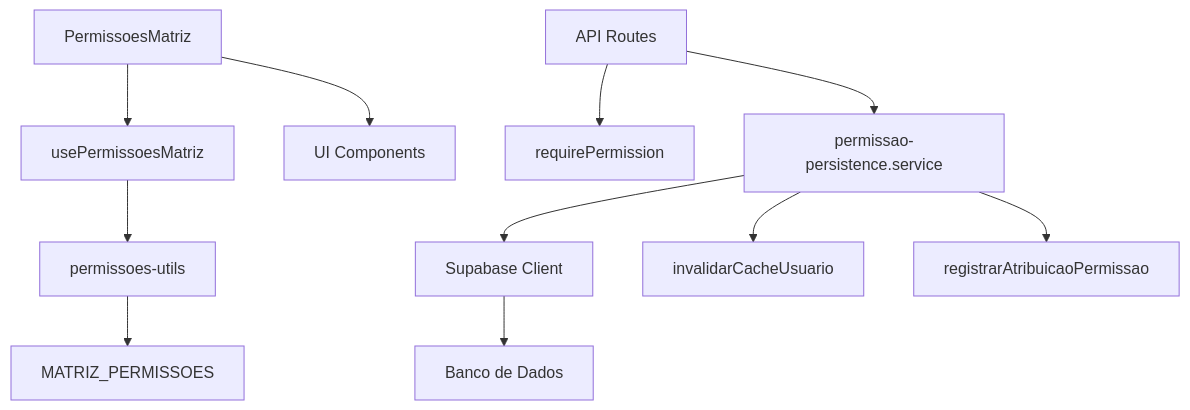
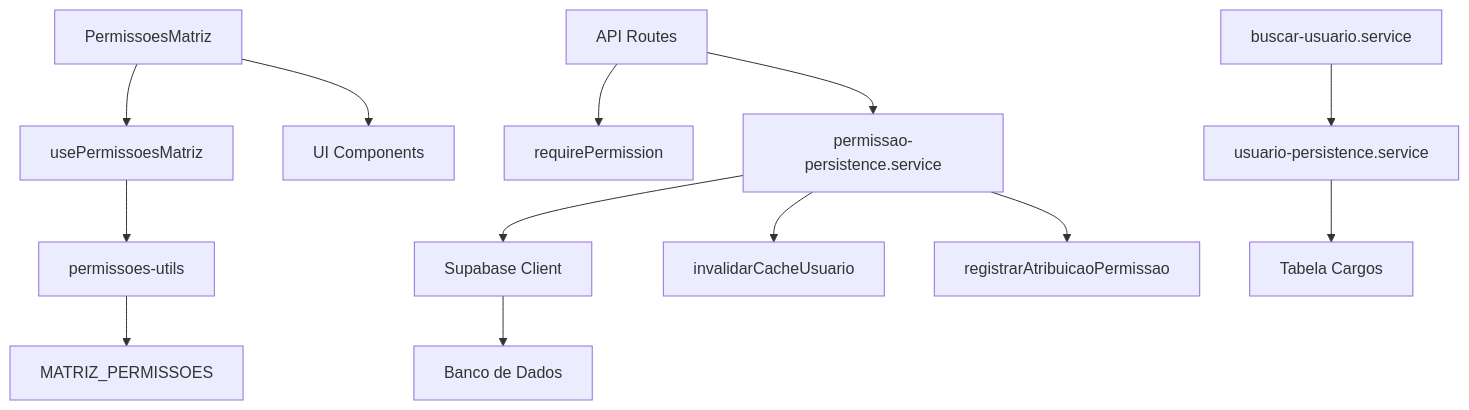
One commit to SinesysTech/zattar-os changed the fifth of 5 diagrams in .qoder/repowiki/pt/content/Módulos de Funcionalidade/Gestao Usuarios Permissoes.md. Above: the diagram before and after it, drawn with Mermaid. The commit also changed other lines of this file and 6 other files, not shown here.

````diff
--- a/.qoder/repowiki/pt/content/Módulos de Funcionalidade/Gestao Usuarios Permissoes.md
+++ b/.qoder/repowiki/pt/content/Módulos de Funcionalidade/Gestao Usuarios Permissoes.md
@@ -165,13 +172,15 @@
 ```mermaid
 graph TD
 A[PermissoesMatriz] --> B[usePermissoesMatriz]
 B --> C[permissoes-utils]
 C --> D[MATRIZ_PERMISSOES]
 A --> E[UI Components]
 F[API Routes] --> G[requirePermission]
 F --> H[permissao-persistence.service]
 H --> I[Supabase Client]
 H --> J[invalidarCacheUsuario]
 H --> K[registrarAtribuicaoPermissao]
 I --> L[Banco de Dados]
+M[buscar-usuario.service] --> N[usuario-persistence.service]
+N --> O[Tabela Cargos]
 ```
````
